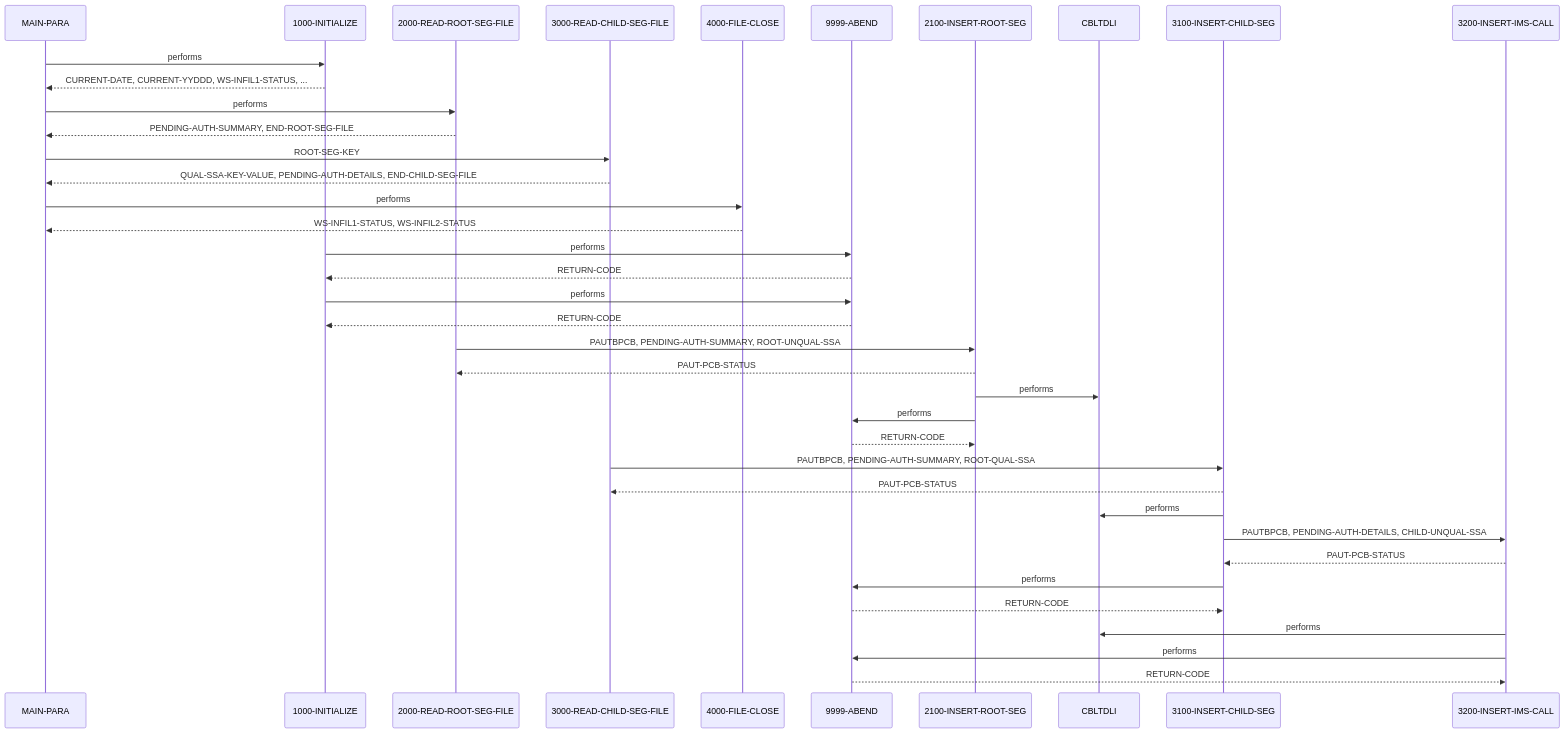
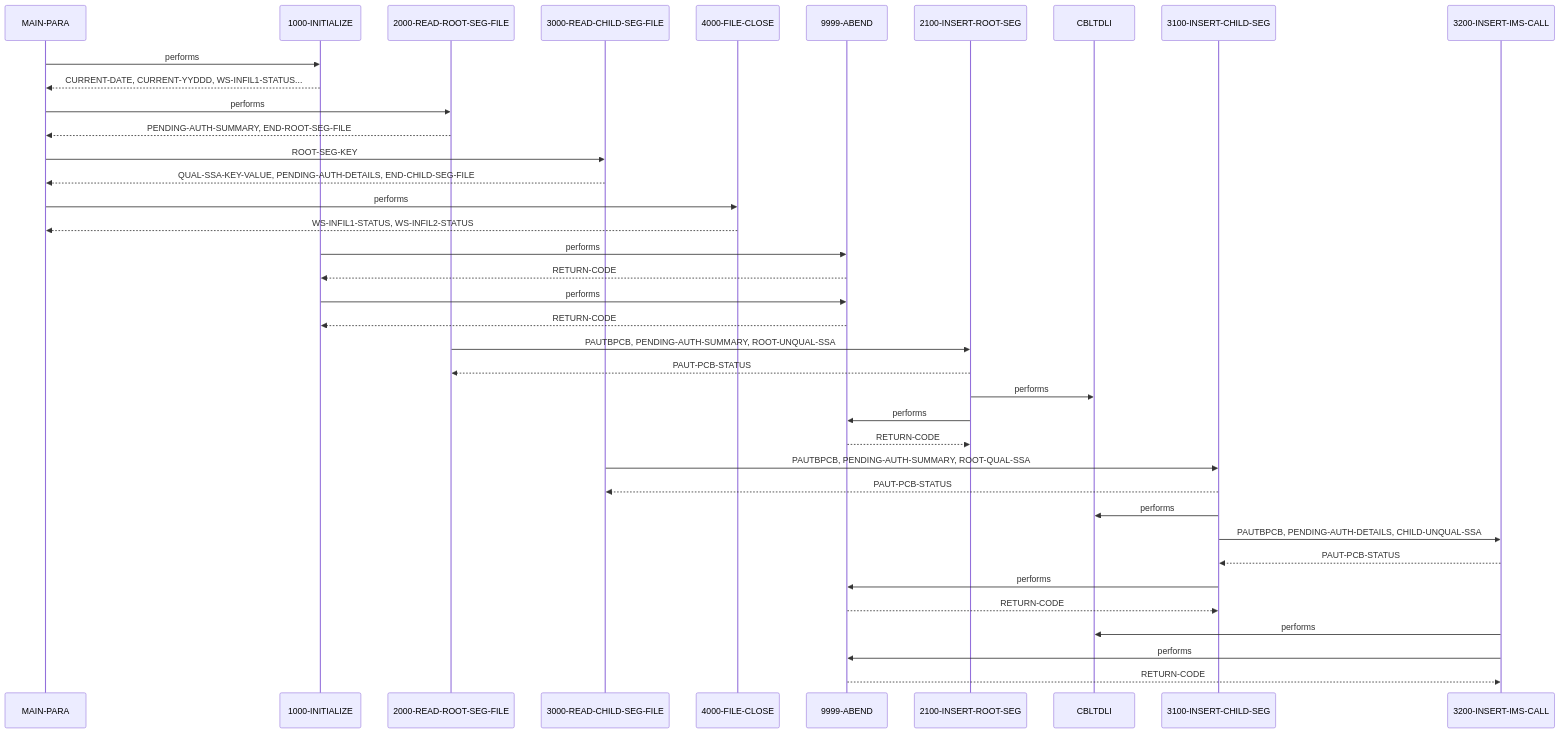
One commit to andrasfe/war_rig changed the diagram in example_output/documentation/cbl/PAUDBLOD.CBL.md. Above: the diagram before and after it, drawn with Mermaid. The commit also changed other lines of this file and 35 other files, not shown here.

````diff
--- a/example_output/documentation/cbl/PAUDBLOD.CBL.md
+++ b/example_output/documentation/cbl/PAUDBLOD.CBL.md
@@ -112,30 +187,30 @@
 ```mermaid
 sequenceDiagram
     MAIN-PARA->>1000-INITIALIZE: performs
-    1000-INITIALIZE-->>MAIN-PARA: CURRENT-DATE, CURRENT-YYDDD, WS-INFIL1-STATUS, ...
+    1000-INITIALIZE-->>MAIN-PARA: CURRENT-DATE, CURRENT-YYDDD, WS-INFIL1-STATUS...
     MAIN-PARA->>2000-READ-ROOT-SEG-FILE: performs
     2000-READ-ROOT-SEG-FILE-->>MAIN-PARA: PENDING-AUTH-SUMMARY, END-ROOT-SEG-FILE
     MAIN-PARA->>3000-READ-CHILD-SEG-FILE: ROOT-SEG-KEY
     3000-READ-CHILD-SEG-FILE-->>MAIN-PARA: QUAL-SSA-KEY-VALUE, PENDING-AUTH-DETAILS, END-CHILD-SEG-FILE
     MAIN-PARA->>4000-FILE-CLOSE: performs
     4000-FILE-CLOSE-->>MAIN-PARA: WS-INFIL1-STATUS, WS-INFIL2-STATUS
     1000-INITIALIZE->>9999-ABEND: performs
     9999-ABEND-->>1000-INITIALIZE: RETURN-CODE
     1000-INITIALIZE->>9999-ABEND: performs
     9999-ABEND-->>1000-INITIALIZE: RETURN-CODE
     2000-READ-ROOT-SEG-FILE->>2100-INSERT-ROOT-SEG: PAUTBPCB, PENDING-AUTH-SUMMARY, ROOT-UNQUAL-SSA
     2100-INSERT-ROOT-SEG-->>2000-READ-ROOT-SEG-FILE: PAUT-PCB-STATUS
     2100-INSERT-ROOT-SEG->>CBLTDLI: performs
     2100-INSERT-ROOT-SEG->>9999-ABEND: performs
     9999-ABEND-->>2100-INSERT-ROOT-SEG: RETURN-CODE
     3000-READ-CHILD-SEG-FILE->>3100-INSERT-CHILD-SEG: PAUTBPCB, PENDING-AUTH-SUMMARY, ROOT-QUAL-SSA
     3100-INSERT-CHILD-SEG-->>3000-READ-CHILD-SEG-FILE: PAUT-PCB-STATUS
     3100-INSERT-CHILD-SEG->>CBLTDLI: performs
     3100-INSERT-CHILD-SEG->>3200-INSERT-IMS-CALL: PAUTBPCB, PENDING-AUTH-DETAILS, CHILD-UNQUAL-SSA
     3200-INSERT-IMS-CALL-->>3100-INSERT-CHILD-SEG: PAUT-PCB-STATUS
     3100-INSERT-CHILD-SEG->>9999-ABEND: performs
     9999-ABEND-->>3100-INSERT-CHILD-SEG: RETURN-CODE
     3200-INSERT-IMS-CALL->>CBLTDLI: performs
     3200-INSERT-IMS-CALL->>9999-ABEND: performs
     9999-ABEND-->>3200-INSERT-IMS-CALL: RETURN-CODE
 ```
````
